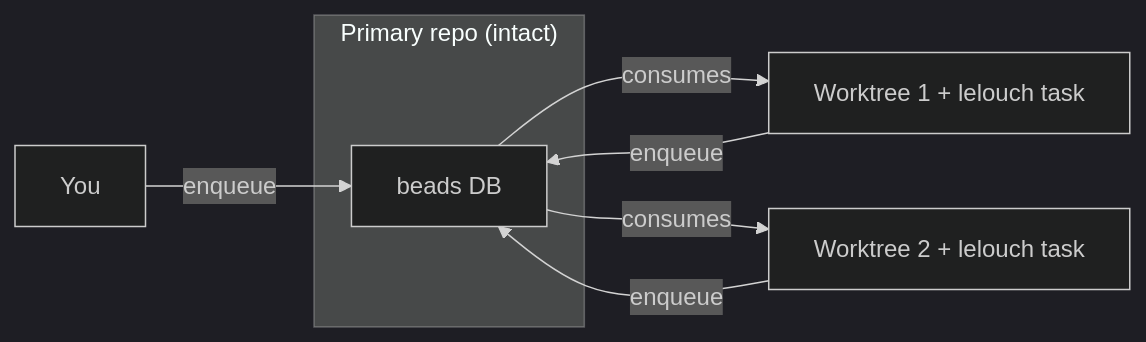
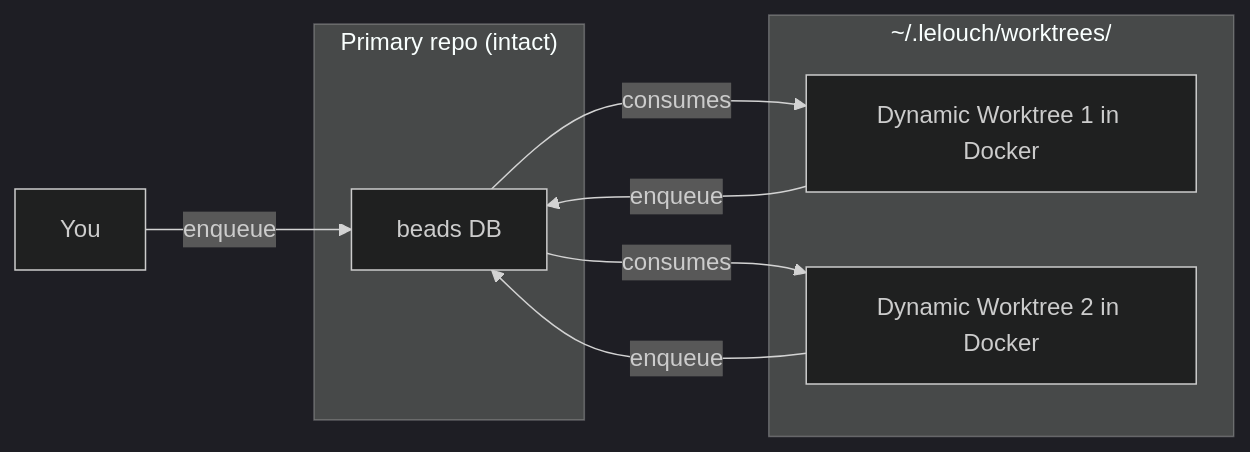
One commit to toumorokoshi/lelouch changed the diagram in docs/example_worktree_workflow.md. Above: the diagram before and after it, drawn with Mermaid (dark theme). The commit also changed other lines of this file and 10 other files, not shown here.

Commit message:
feat: support dynamic workers running in Docker

````diff
--- a/docs/example_worktree_workflow.md
+++ b/docs/example_worktree_workflow.md
@@ -30,18 +25,19 @@
 ```mermaid
 flowchart LR
     subgraph primary["Primary repo (intact)"]
         P_B[beads DB]
     end
 
-    W1_L[Worktree 1 + lelouch task]
-    W2_L[Worktree 2 + lelouch task]
-
+    subgraph dynamic_workers["~/.lelouch/worktrees/"]
+        W1_L[Dynamic Worktree 1 in Docker]
+        W2_L[Dynamic Worktree 2 in Docker]
+    end
 
     you[You] -->|enqueue| P_B
 
     W1_L -->|enqueue| P_B
     P_B -->|consumes| W1_L
 
     W2_L -->|enqueue| P_B
     P_B -->|consumes| W2_L
 ```
````
